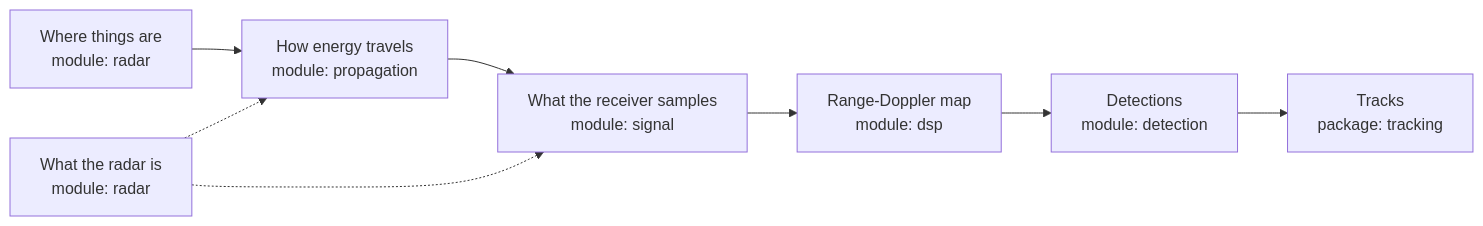
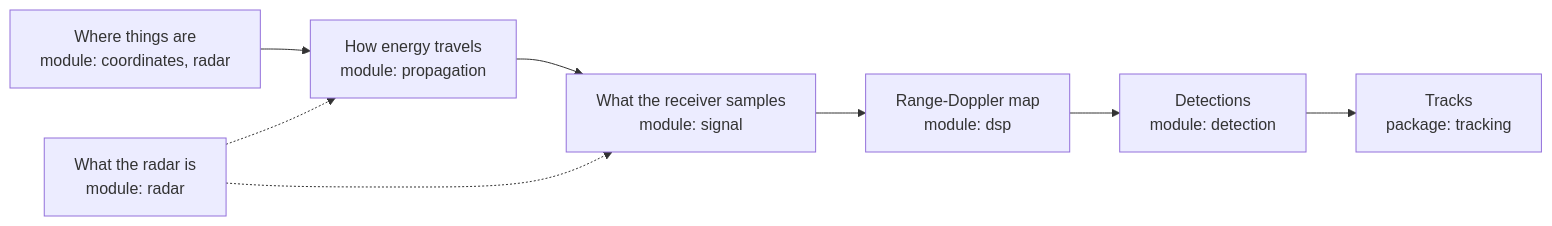
One commit to nyuting/radar-forge changed the diagram in docs/user-guide/README.md. Above: the diagram before and after it, drawn with Mermaid. The commit also changed other lines of this file and 29 other files, not shown here.

````diff
--- a/docs/user-guide/README.md
+++ b/docs/user-guide/README.md
@@ -12,10 +12,10 @@
 ```mermaid
 flowchart LR
-    A["Where things are<br/>module: radar"] --> B["How energy travels<br/>module: propagation"]
+    A["Where things are<br/>module: coordinates, radar"] --> B["How energy travels<br/>module: propagation"]
     B --> C["What the receiver samples<br/>module: signal"]
     C --> D["Range-Doppler map<br/>module: dsp"]
     D --> E["Detections<br/>module: detection"]
     E --> F["Tracks<br/>package: tracking"]
     R["What the radar is<br/>module: radar"] -.-> B
     R -.-> C
 ```
````
